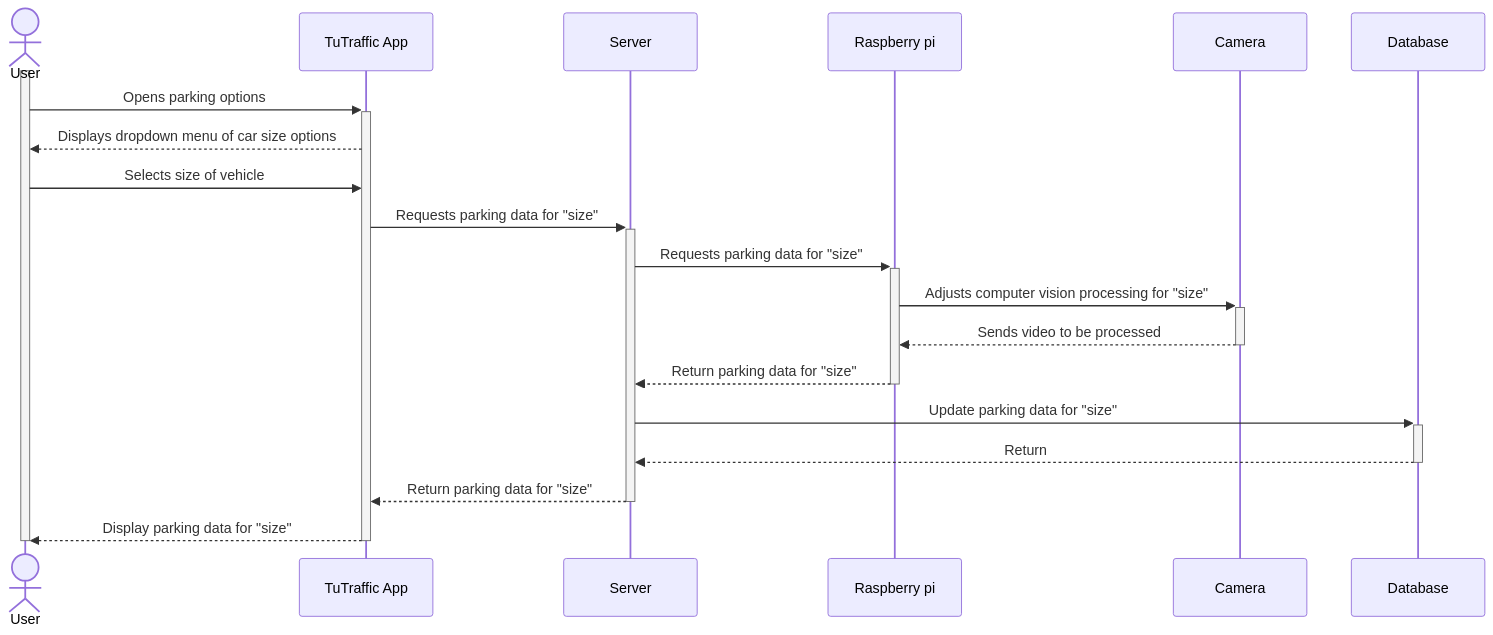
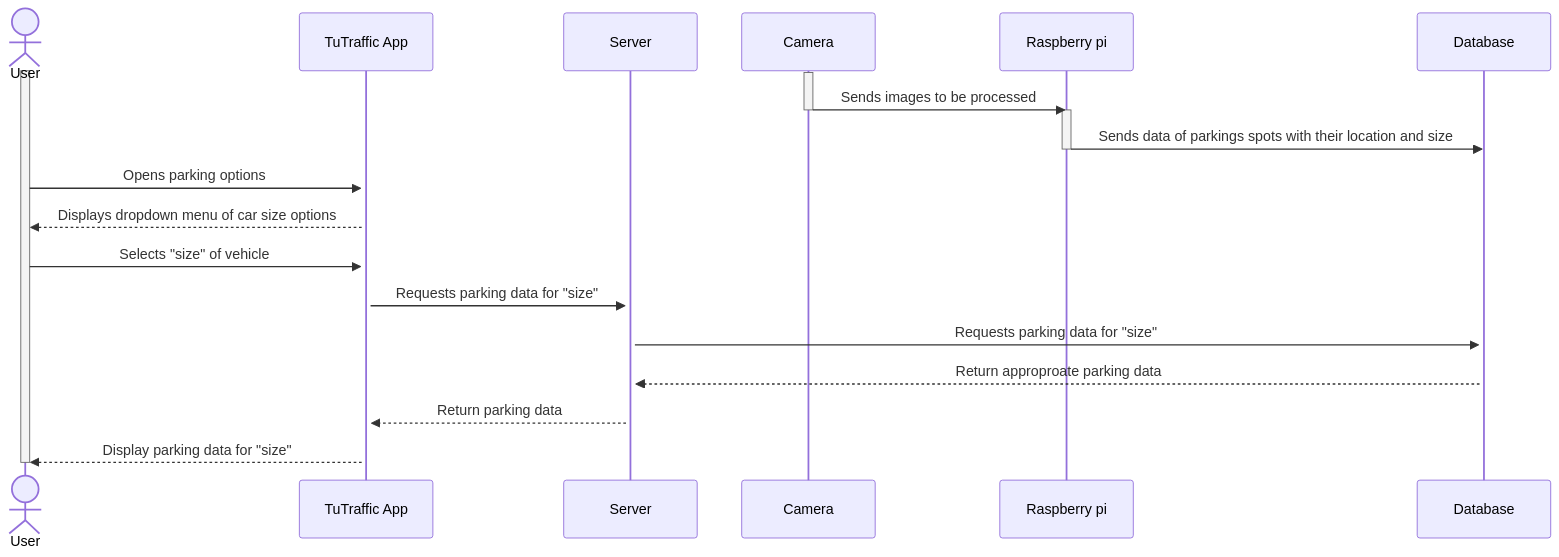
One commit to Capstone-Projects-2023-Spring/project-tutraffic changed the sixth of 11 diagrams in documentation/docs/system-architecture/design.md. Above: the diagram before and after it, drawn with Mermaid. The commit also changed other lines of this file, not shown here.

````diff
--- a/documentation/docs/system-architecture/design.md
+++ b/documentation/docs/system-architecture/design.md
@@ -241,25 +250,28 @@
 ```mermaid
 
 sequenceDiagram
     actor u as User
     participant t as TuTraffic App
     participant s as Server
+    participant c as Camera
     participant p as Raspberry pi
-    participant c as Camera
     participant d as Database
     activate u
+    activate c 
+    c ->> p: Sends images to be processed
+    activate p
+    deactivate c 
+    p ->> d: Sends data of parkings spots with their location and size
+    activate d
+    deactivate p
     u ->>+ t: Opens parking options
     t -->> u: Displays dropdown menu of car size options
-    u ->> t: Selects size of vehicle
+    u ->> t: Selects "size" of vehicle
     t ->>+ s: Requests parking data for "size"
-    s ->>+ p: Requests parking data for "size"
-    p ->>+ c: Adjusts computer vision processing for "size"
-    c -->>- p: Sends video to be processed
-    p -->>- s: Return parking data for "size"
-    s ->>+ d: Update parking data for "size"
-    d -->>- s: Return
-    s -->>- t: Return parking data for "size"
-    t -->>- u: Display parking data for "size"
+    s ->> d: Requests parking data for "size"
+    d -->> s: Return approproate parking data
+    s -->> t: Return parking data
+    t -->> u: Display parking data for "size"
     deactivate u
 
 ```
````
